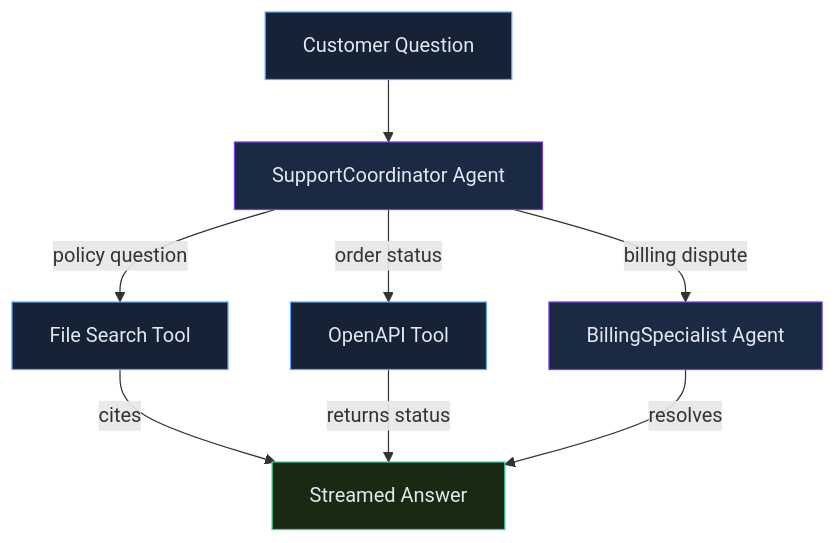
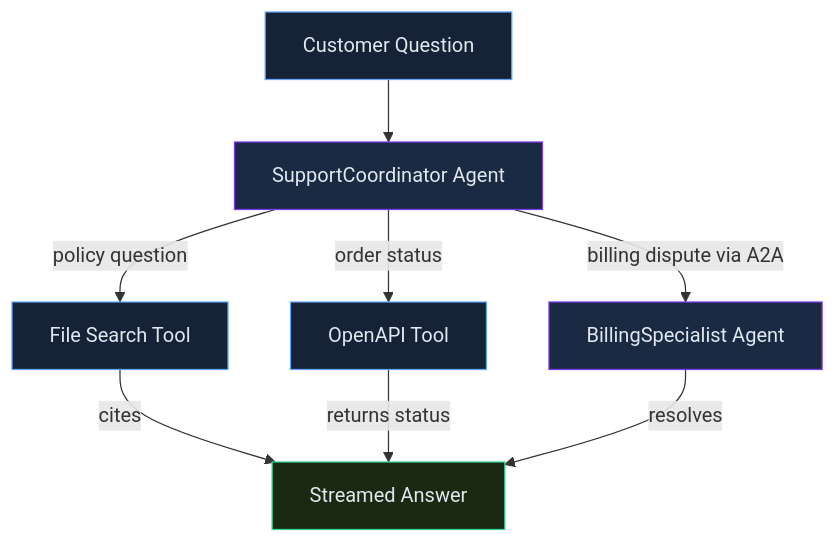
Before and after one commit to ajeetchouksey/ajch_skillup: the diagram in content/skillup/azure-ai-foundry/notes/azure-ai-foundry-m2-l2-multi-agent-orchestration-rag.md, drawn with Mermaid. The commit also changed other lines of this file and 157 other files, not shown here.

````diff
--- a/content/skillup/azure-ai-foundry/notes/azure-ai-foundry-m2-l2-multi-agent-orchestration-rag.md
+++ b/content/skillup/azure-ai-foundry/notes/azure-ai-foundry-m2-l2-multi-agent-orchestration-rag.md
@@ -98,16 +100,16 @@
 ```mermaid
 flowchart TD
   U[Customer Question] --> C[SupportCoordinator Agent]
   C -->|policy question| FS[File Search Tool]
   C -->|order status| OA[OpenAPI Tool]
-  C -->|billing dispute| BA[BillingSpecialist Agent]
+  C -->|billing dispute via A2A| BA[BillingSpecialist Agent]
   FS -->|cites| ANS[Streamed Answer]
   OA -->|returns status| ANS
   BA -->|resolves| ANS
   classDef control fill:#1a2a42,stroke:#7c3aed,color:#e2e8f0
   classDef data fill:#162236,stroke:#60a5fa,color:#e2e8f0
   classDef output fill:#1a2a12,stroke:#34d399,color:#e2e8f0
   class C,BA control
   class U,FS,OA data
   class ANS output
 ```
````
